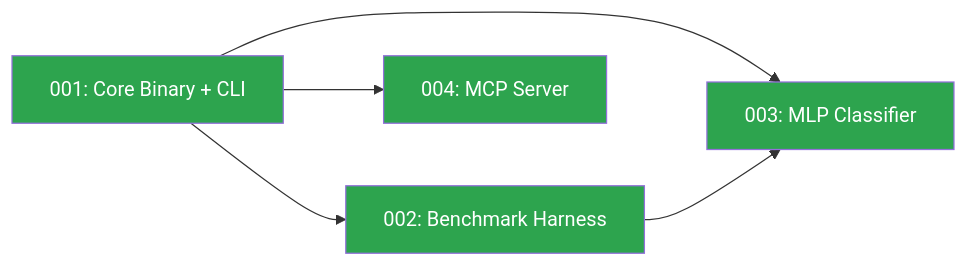
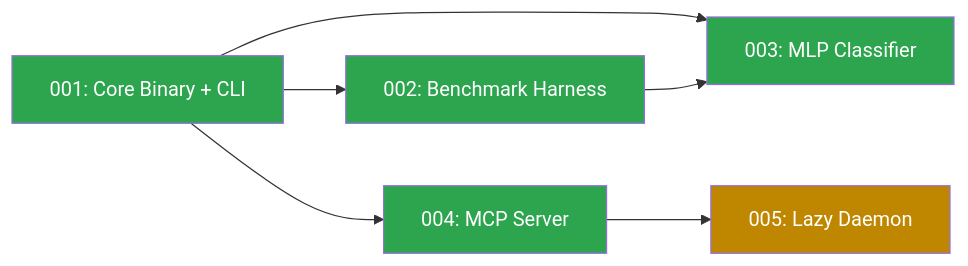
One commit to srobroek/computer-says-no changed the diagram in docs/spec-dependency-graph.md. Above: the diagram before and after it, drawn with Mermaid. The commit also changed other lines of this file and 1 other file, not shown here.

First line of the commit message:
docs: update CLAUDE.md and dep graph for spec 005 (T025-T027, #152-#154)

````diff
--- a/docs/spec-dependency-graph.md
+++ b/docs/spec-dependency-graph.md
@@ -3,16 +3,18 @@
 ```mermaid
 graph LR
     001[001: Core Binary + CLI]:::done
     002[002: Benchmark Harness]:::done
     003[003: MLP Classifier]:::done
     004[004: MCP Server]:::done
+    005[005: Lazy Daemon]:::ready
 
     001 --> 002
     001 --> 003
     001 --> 004
     002 --> 003
+    004 --> 005
 
     classDef done fill:#2da44e,color:#fff
     classDef ready fill:#bf8700,color:#fff
     classDef future fill:#656d76,color:#fff
 ```
````
